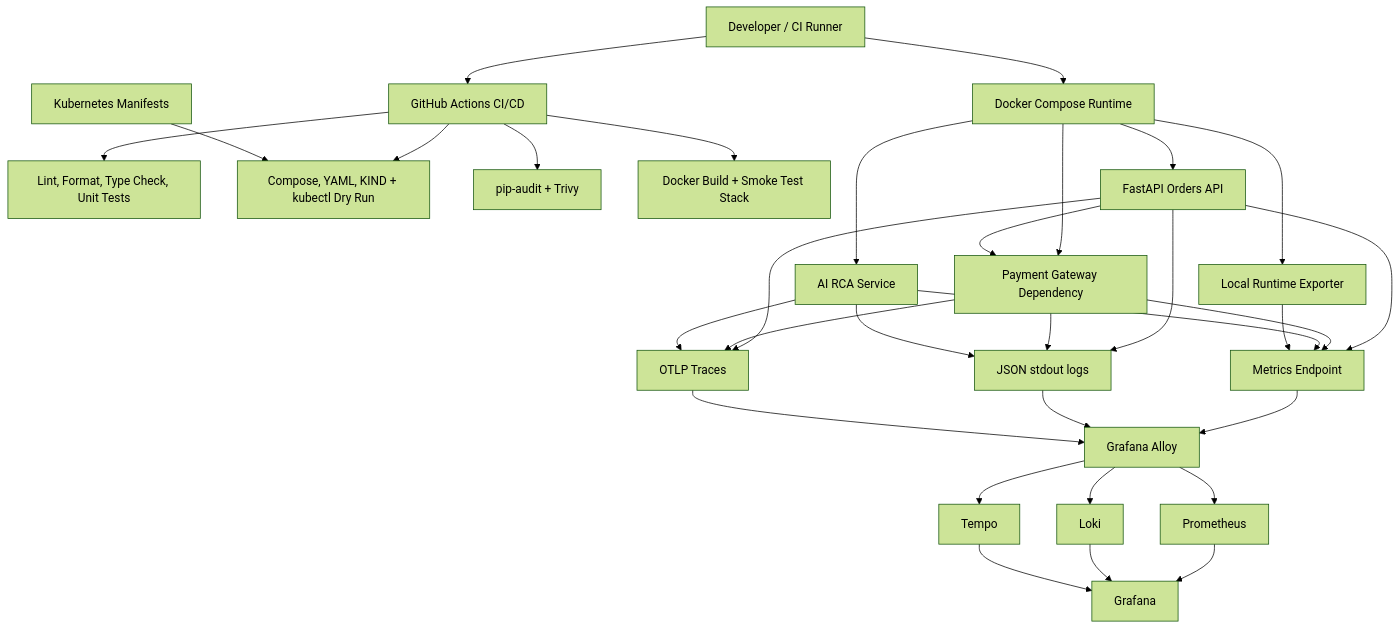
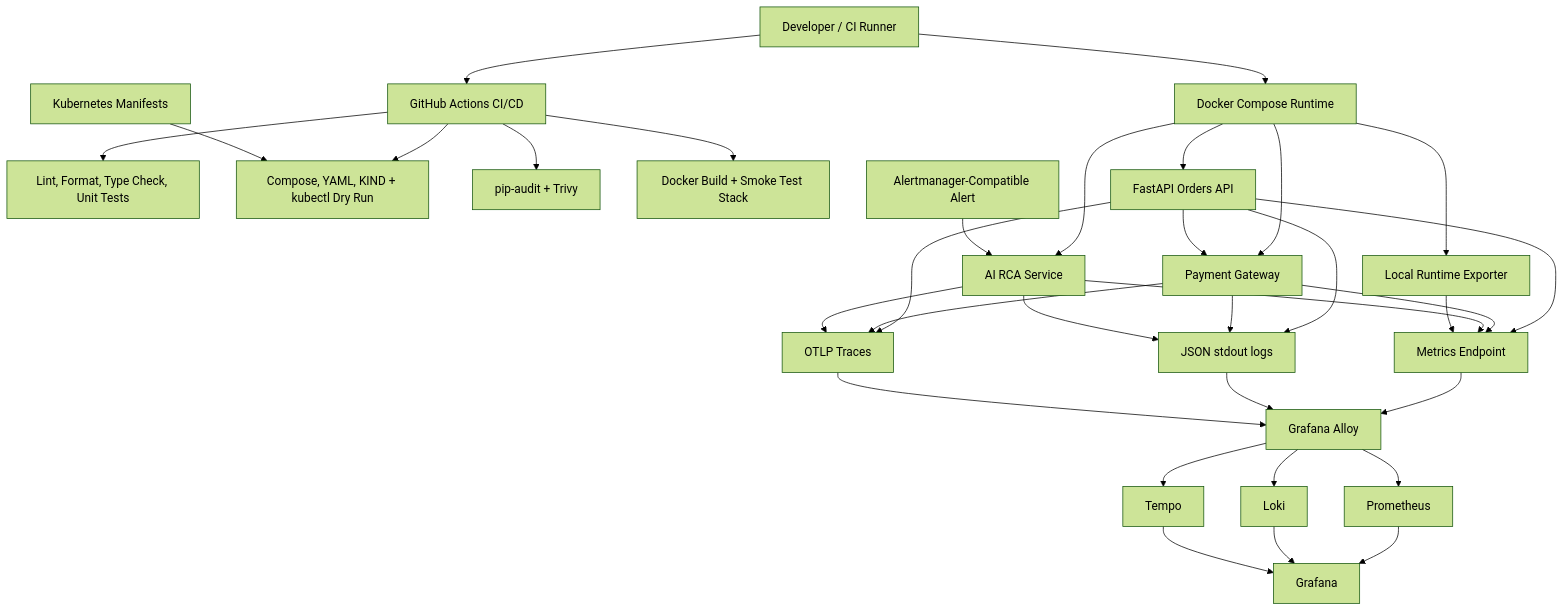
One commit to capujm10/OpsSight-Observability-Lab changed the diagram in README.md. Above: the diagram before and after it, drawn with Mermaid (forest theme). The commit also changed other lines of this file and 7 other files, not shown here.

````diff
--- a/README.md
+++ b/README.md
@@ -50,45 +62,46 @@
 ```mermaid
 flowchart TB
 
   Dev["Developer / CI Runner"] --> Compose["Docker Compose Runtime"]
   Dev --> GHA["GitHub Actions CI/CD"]
 
   GHA --> Quality["Lint, Format, Type Check, Unit Tests"]
   GHA --> Infra["Compose, YAML, KIND + kubectl Dry Run"]
   GHA --> Sec["pip-audit + Trivy"]
   GHA --> Build["Docker Build + Smoke Test Stack"]
 
   Compose --> API["FastAPI Orders API"]
-  Compose --> Pay["Payment Gateway Dependency"]
+  Compose --> Pay["Payment Gateway"]
   Compose --> RCA["AI RCA Service"]
   Compose --> Exporter["Local Runtime Exporter"]
+  Alert["Alertmanager-Compatible Alert"] --> RCA
 
   API --> Pay
 
   API --> Metrics["Metrics Endpoint"]
   Pay --> Metrics
   RCA --> Metrics
   Exporter --> Metrics
 
   API --> Logs["JSON stdout logs"]
   Pay --> Logs
   RCA --> Logs
 
   API --> Traces["OTLP Traces"]
   Pay --> Traces
   RCA --> Traces
 
   Metrics --> Alloy["Grafana Alloy"]
   Logs --> Alloy
   Traces --> Alloy
 
   Alloy --> Prom["Prometheus"]
   Alloy --> Loki["Loki"]
   Alloy --> Tempo["Tempo"]
 
   Prom --> Grafana["Grafana"]
   Loki --> Grafana
   Tempo --> Grafana
 
   K8s["Kubernetes Manifests"] --> Infra
 ```
````
